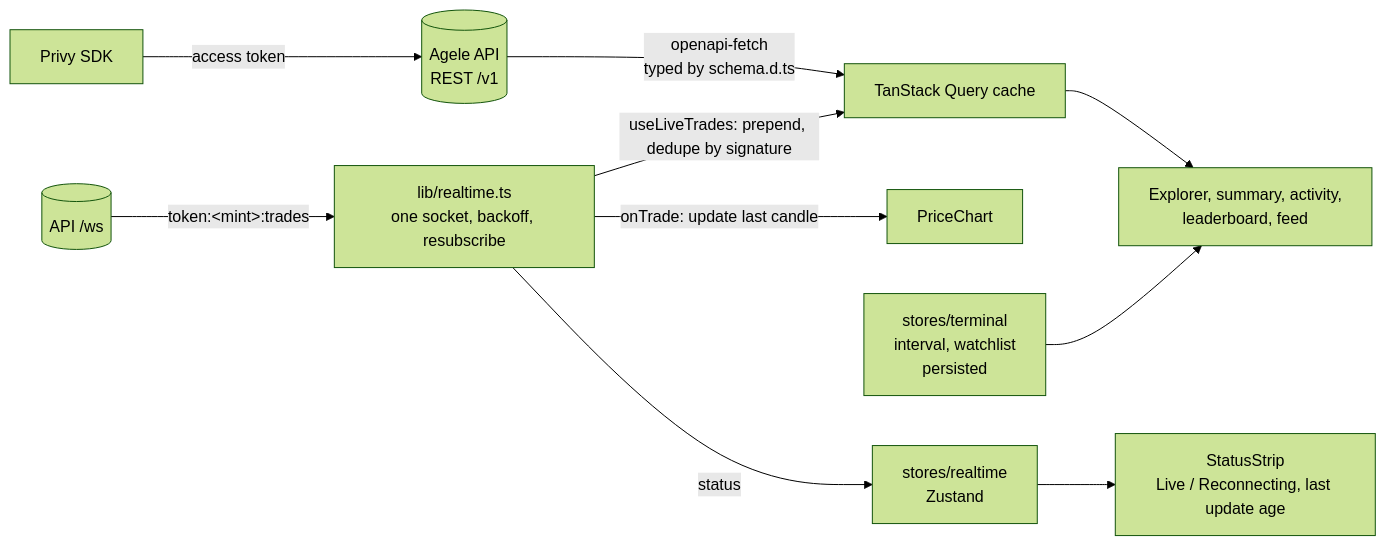
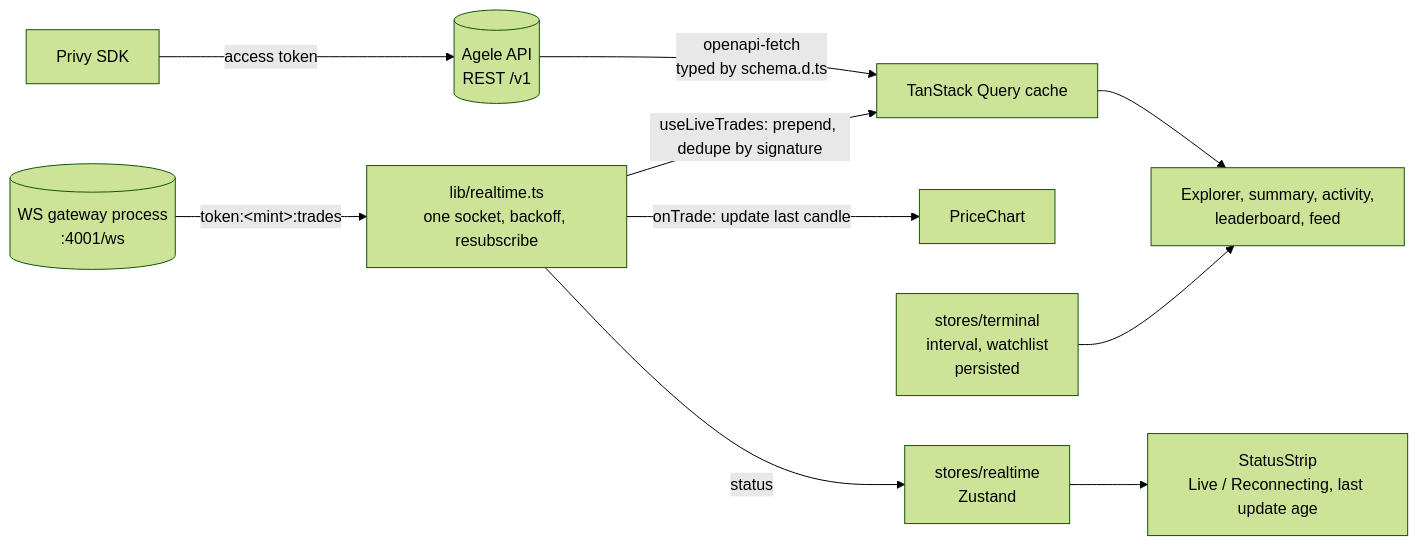
The fourth of 6 diagrams in docs/architecture.md (jog01/agele-web), drawn with Mermaid (forest theme) before and after one commit. The commit also changed 4 other files, not shown here.

Commit message:
fix(realtime): point websocket at the ws gateway on :4001 (#26)

````diff
--- a/docs/architecture.md
+++ b/docs/architecture.md
@@ -93,12 +93,12 @@
 ```mermaid
 flowchart LR
   API[(Agele API<br/>REST /v1)] -- "openapi-fetch<br/>typed by schema.d.ts" --> Q[TanStack Query cache]
-  WS[(API /ws)] -- "token:&lt;mint&gt;:trades" --> RT[lib/realtime.ts<br/>one socket, backoff, resubscribe]
+  WS[(WS gateway process<br/>:4001/ws)] -- "token:&lt;mint&gt;:trades" --> RT[lib/realtime.ts<br/>one socket, backoff, resubscribe]
   RT -- "useLiveTrades: prepend, dedupe by signature" --> Q
   RT -- "onTrade: update last candle" --> CH[PriceChart]
   RT -- status --> RS[stores/realtime<br/>Zustand]
   RS --> STRIP[StatusStrip<br/>Live / Reconnecting, last update age]
   Q --> UI[Explorer, summary, activity,<br/>leaderboard, feed]
   PREFS[stores/terminal<br/>interval, watchlist<br/>persisted] --> UI
   PRIVY[Privy SDK] -- access token --> API
 ```
````
